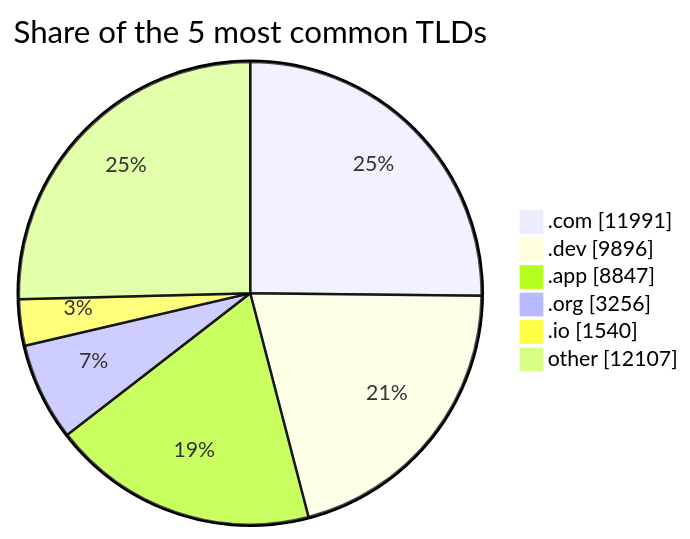
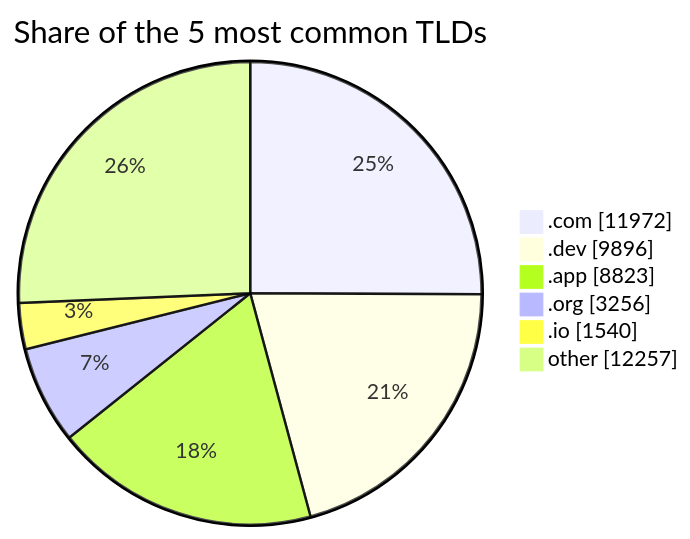
One commit to DNSBunker/CTI changed the third of 3 diagrams in README.md. Above: the diagram before and after it, drawn with Mermaid. The commit also changed other lines of this file and 3 other files, not shown here.

````diff
--- a/README.md
+++ b/README.md
@@ -81,9 +81,9 @@
 ```mermaid
 pie showData title Share of the 5 most common TLDs
-    ".com" : 11991
+    ".com" : 11972
     ".dev" : 9896
-    ".app" : 8847
+    ".app" : 8823
     ".org" : 3256
     ".io" : 1540
-    "other" : 12107
+    "other" : 12257
 ```
````
